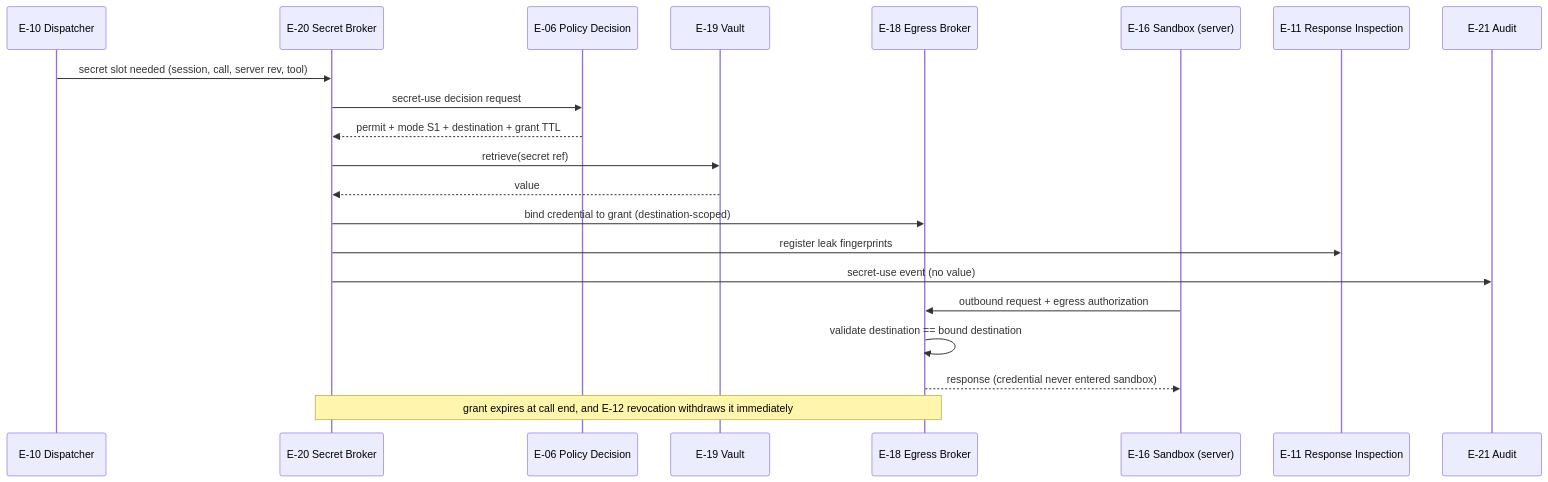
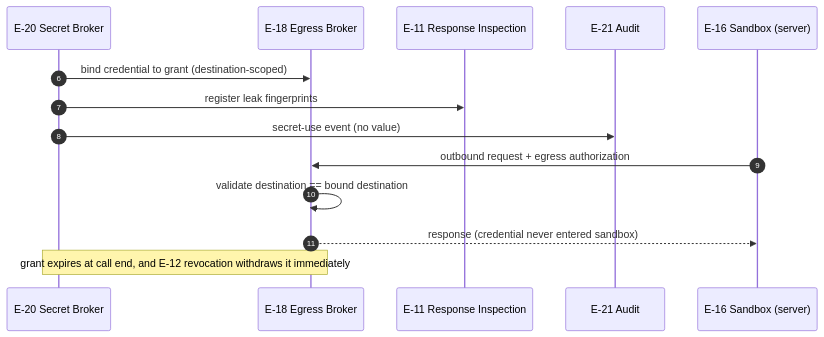
The tenth of 18 diagrams in ArchitectureV2.md (ethan03805/Secure-MCP-Gateway), drawn with Mermaid before and after one commit. The commit also changed other lines of this file and 18 other files, not shown here.

First line of the commit message:
Site diagrams fit their page: responsive Mermaid, re-laid-out diagrams, diagram check in CI (#95)

````diff
--- a/ArchitectureV2.md
+++ b/ArchitectureV2.md
@@ -806,23 +843,16 @@
 ```mermaid
 sequenceDiagram
-  participant D as E-10 Dispatcher
+  autonumber 6
   participant B as E-20 Secret Broker
-  participant P as E-06 Policy Decision
-  participant V as E-19 Vault
   participant X as E-18 Egress Broker
-  participant S as E-16 Sandbox (server)
   participant R as E-11 Response Inspection
   participant A as E-21 Audit
-  D->>B: secret slot needed (session, call, server rev, tool)
-  B->>P: secret-use decision request
-  P-->>B: permit + mode S1 + destination + grant TTL
-  B->>V: retrieve(secret ref)
-  V-->>B: value
+  participant S as E-16 Sandbox (server)
   B->>X: bind credential to grant (destination-scoped)
   B->>R: register leak fingerprints
   B->>A: secret-use event (no value)
   S->>X: outbound request + egress authorization
   X->>X: validate destination == bound destination
   X-->>S: response (credential never entered sandbox)
   Note over B,X: grant expires at call end, and E-12 revocation withdraws it immediately
 ```
````
